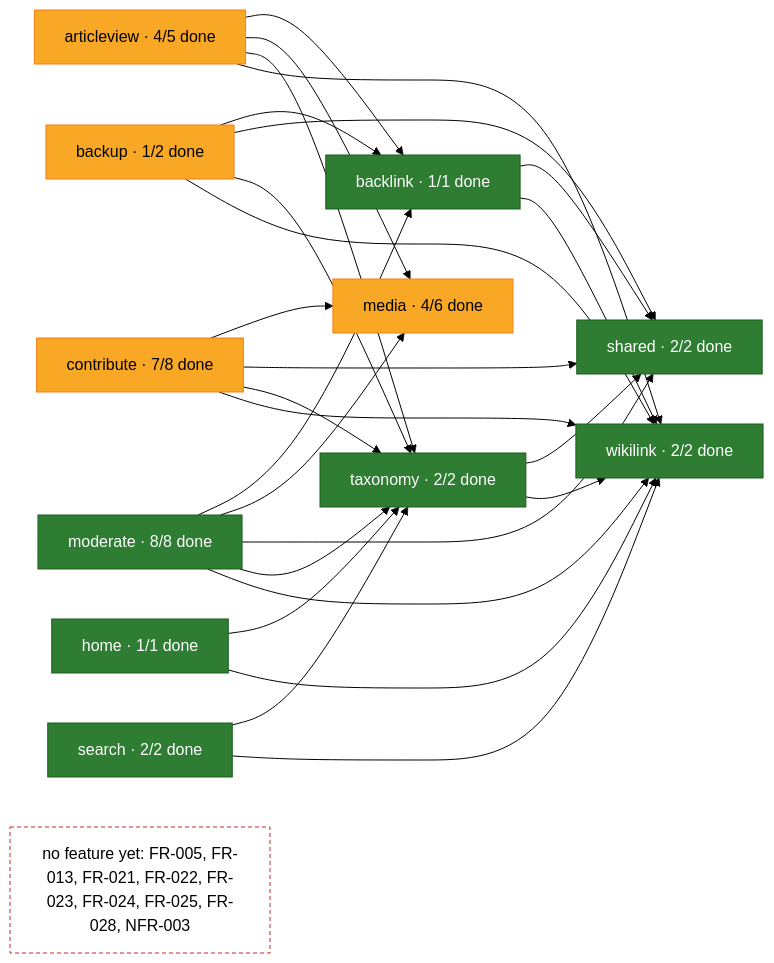
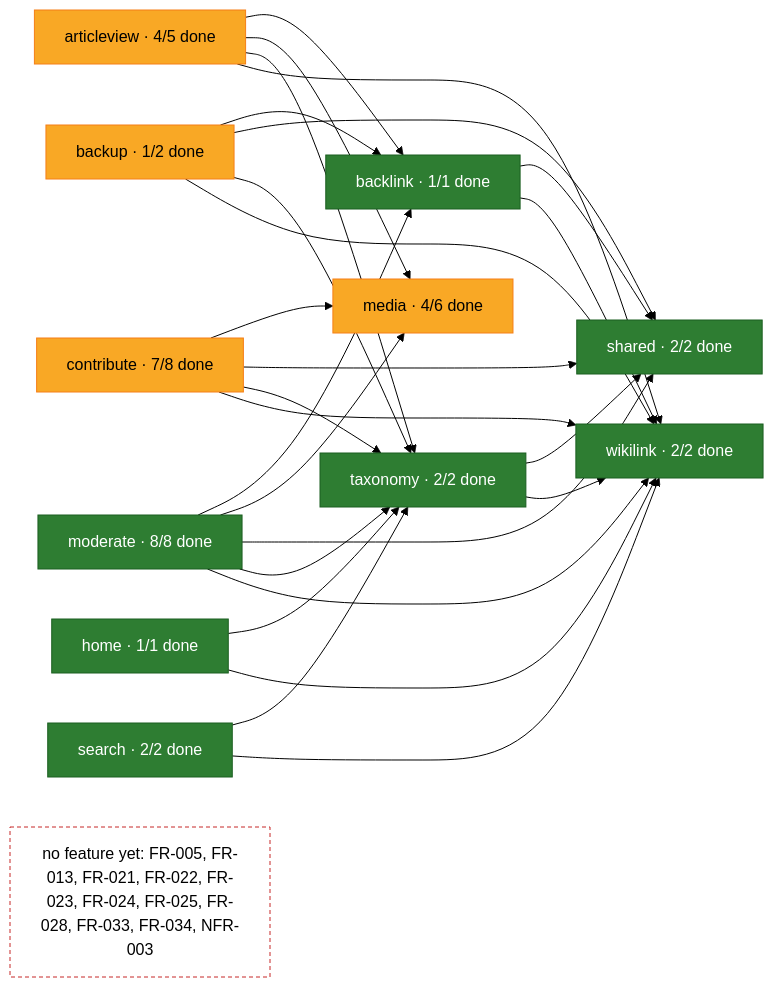
One commit to rikire/Exchange-Student-Guide-Platform changed the second of 2 diagrams in docs/gap-list.md. Above: the diagram before and after it, drawn with Mermaid (forest theme). The commit also changed other lines of this file and 5 other files, not shown here.

````diff
--- a/docs/gap-list.md
+++ b/docs/gap-list.md
@@ -24,44 +24,44 @@
 ```mermaid
 flowchart LR
     articleview["articleview · 4/5 done"]:::partial
     backlink["backlink · 1/1 done"]:::done
     backup["backup · 1/2 done"]:::partial
     contribute["contribute · 7/8 done"]:::partial
     home["home · 1/1 done"]:::done
     media["media · 4/6 done"]:::partial
     moderate["moderate · 8/8 done"]:::done
     search["search · 2/2 done"]:::done
     shared["shared · 2/2 done"]:::done
     taxonomy["taxonomy · 2/2 done"]:::done
     wikilink["wikilink · 2/2 done"]:::done
-    unmapped["no feature yet: FR-005, FR-013, FR-021, FR-022, FR-023, FR-024, FR-025, FR-028, NFR-003"]:::unmapped
+    unmapped["no feature yet: FR-005, FR-013, FR-021, FR-022, FR-023, FR-024, FR-025, FR-028, FR-033, FR-034, NFR-003"]:::unmapped
     articleview --> backlink
     articleview --> media
     articleview --> taxonomy
     articleview --> wikilink
     backlink --> shared
     backlink --> wikilink
     backup --> backlink
     backup --> shared
     backup --> taxonomy
     backup --> wikilink
     contribute --> media
     contribute --> shared
     contribute --> taxonomy
     contribute --> wikilink
     home --> taxonomy
     home --> wikilink
     moderate --> backlink
     moderate --> media
     moderate --> shared
     moderate --> taxonomy
     moderate --> wikilink
     search --> taxonomy
     search --> wikilink
     taxonomy --> shared
     taxonomy --> wikilink
     classDef done fill:#2e7d32,stroke:#1b5e20,color:#ffffff
     classDef partial fill:#f9a825,stroke:#f57f17,color:#000000
     classDef none fill:#e0e0e0,stroke:#9e9e9e,color:#000000
     classDef unmapped fill:#ffffff,stroke:#c62828,stroke-dasharray:4 3,color:#000000
 ```
````
